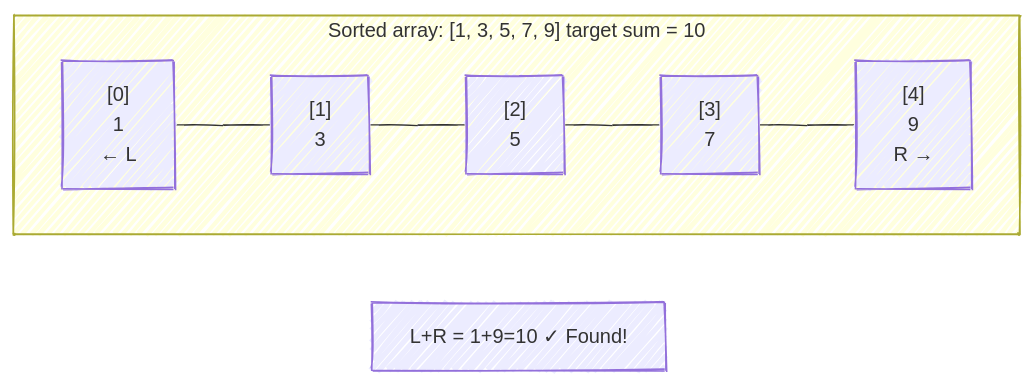
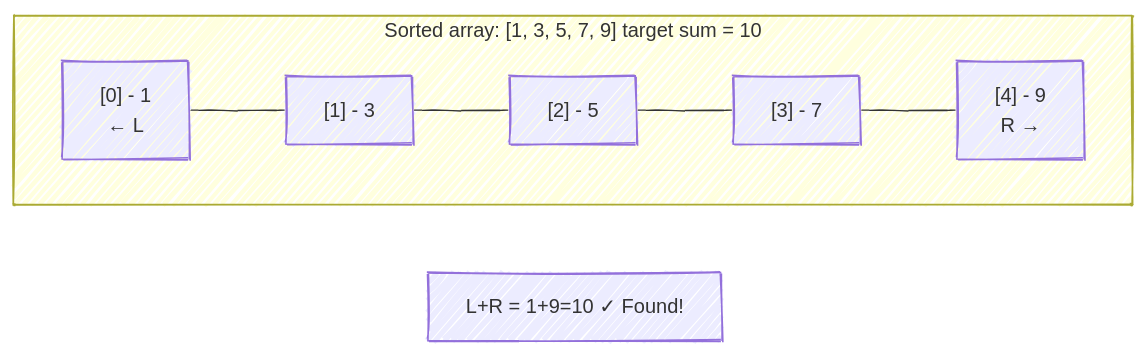
The sixth of 9 diagrams in jekyll/array-fundamentals.md (jimmy706/junedang-blog-pages), drawn with Mermaid before and after one commit. The commit also changed other lines of this file, not shown here.

```diff
--- a/jekyll/array-fundamentals.md
+++ b/jekyll/array-fundamentals.md
@@ -392,12 +399,12 @@
 <pre class="mermaid">
 ---
 config:
   look: handDrawn
 ---
 flowchart LR
     subgraph Array["Sorted array: [1, 3, 5, 7, 9]  target sum = 10"]
         direction LR
-        P0["[0]\n1\n← L"] --- P1["[1]\n3"] --- P2["[2]\n5"] --- P3["[3]\n7"] --- P4["[4]\n9\nR →"]
+        P0["[0] - 1\n← L"] --- P1["[1] - 3"] --- P2["[2] - 5"] --- P3["[3] - 7"] --- P4["[4] - 9\nR →"]
     end
     Note["L+R = 1+9=10 ✓ Found!"]
 </pre>
```
